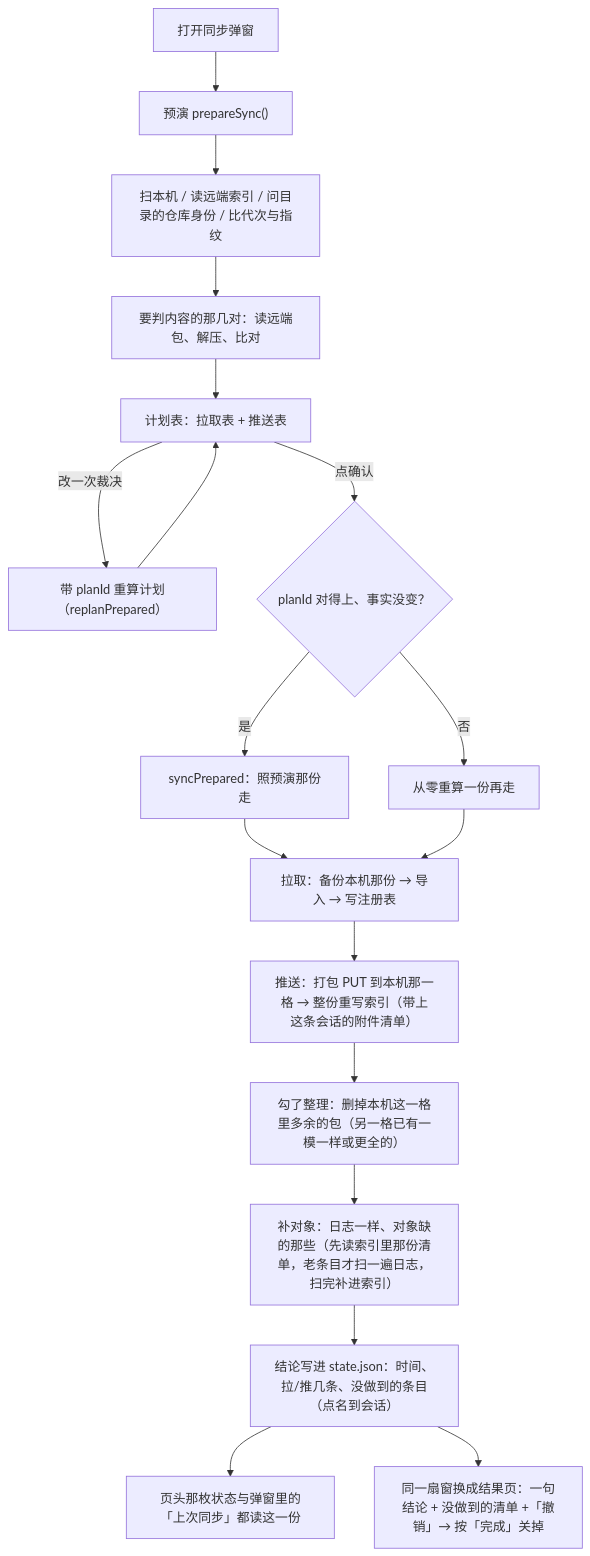
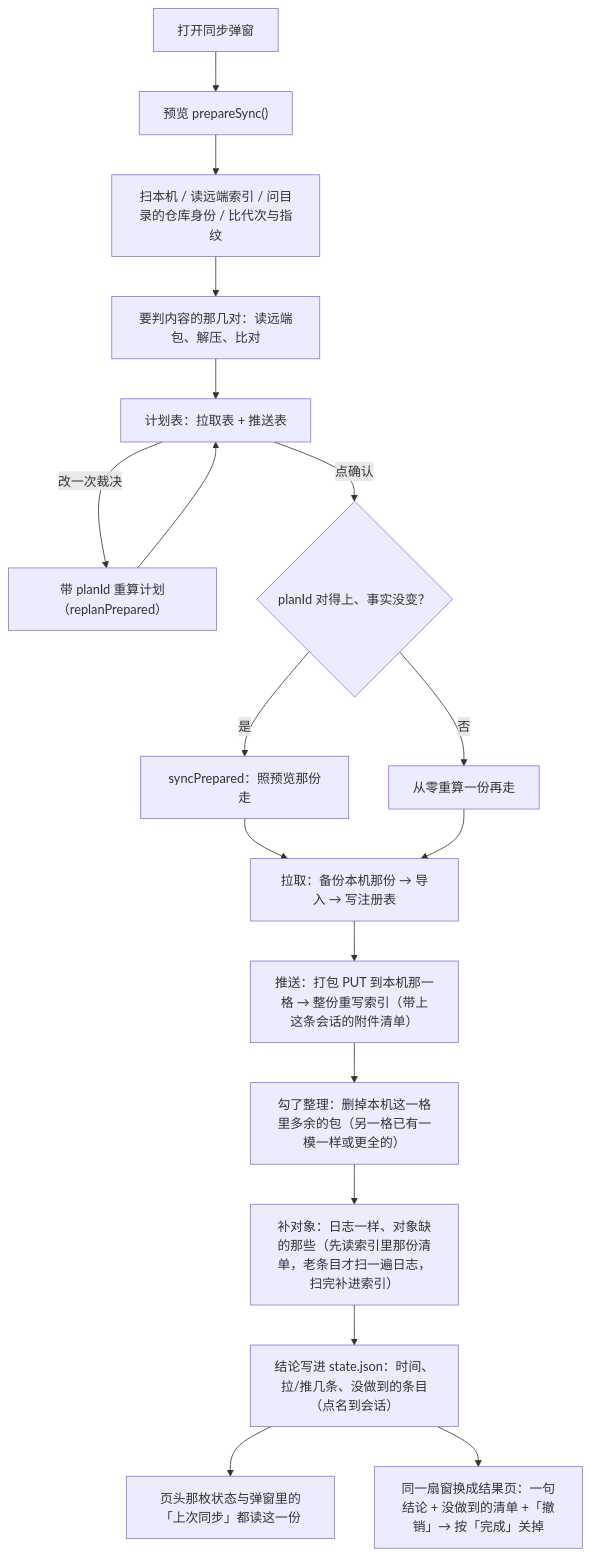
The third of 10 diagrams in docs/flows.md (he0119/dsh-session-manager), drawn with Mermaid before and after one commit. The commit also changed other lines of this file and 242 other files, not shown here.

````diff
--- a/docs/flows.md
+++ b/docs/flows.md
@@ -63,20 +63,20 @@
 ```mermaid
 flowchart TD
-  A["打开同步弹窗"] --> B["预演 prepareSync()"]
+  A["打开同步弹窗"] --> B["预览 prepareSync()"]
   B --> B1["扫本机 / 读远端索引 / 问目录的仓库身份 / 比代次与指纹"]
   B1 --> B2["要判内容的那几对：读远端包、解压、比对"]
   B2 --> C["计划表：拉取表 + 推送表"]
   C -->|"改一次裁决"| D["带 planId 重算计划（replanPrepared）"]
   D --> C
   C -->|"点确认"| E{"planId 对得上、事实没变？"}
-  E -->|"是"| F["syncPrepared：照预演那份走"]
+  E -->|"是"| F["syncPrepared：照预览那份走"]
   E -->|"否"| G["从零重算一份再走"]
   F --> H["拉取：备份本机那份 → 导入 → 写注册表"]
   G --> H
   H --> I["推送：打包 PUT 到本机那一格 → 整份重写索引（带上这条会话的附件清单）"]
   I --> K["勾了整理：删掉本机这一格里多余的包（另一格已有一模一样或更全的）"]
   K --> J["补对象：日志一样、对象缺的那些（先读索引里那份清单，老条目才扫一遍日志，扫完补进索引）"]
   J --> L["结论写进 state.json：时间、拉/推几条、没做到的条目（点名到会话）"]
   L --> M["页头那枚状态与弹窗里的「上次同步」都读这一份"]
   L --> N["同一扇窗换成结果页：一句结论 + 没做到的清单 +「撤销」→ 按「完成」关掉"]
 ```
````
